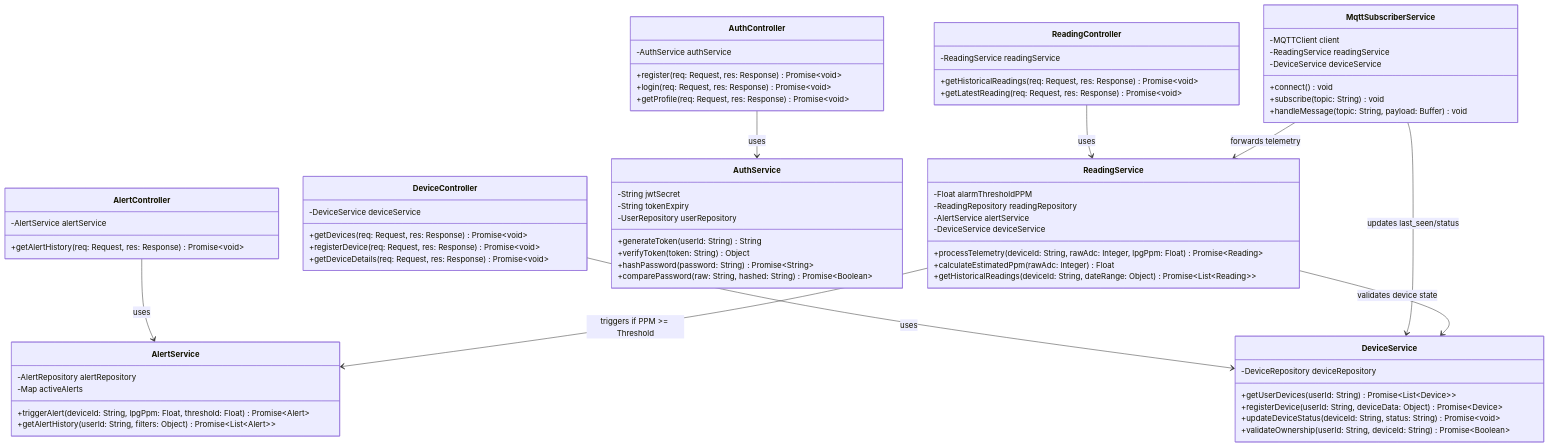
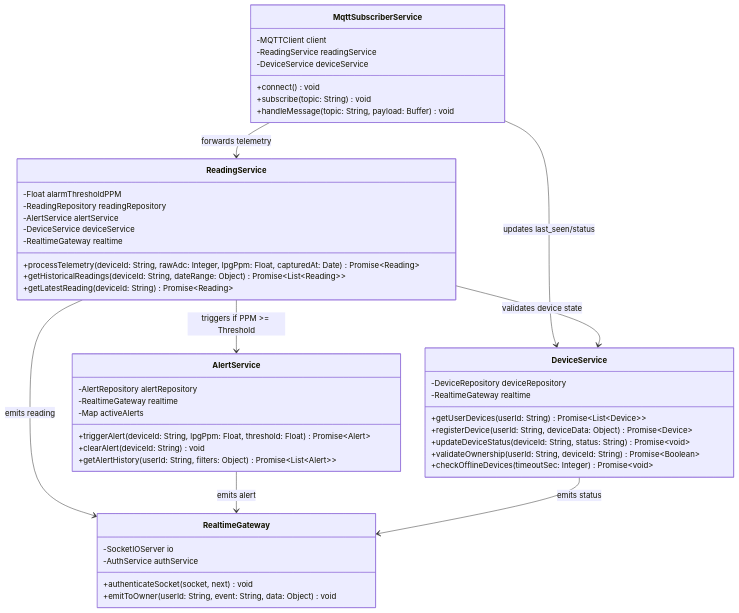
The third of 4 diagrams in docs/stage-3-Mermaid-UML-Class-Diagram.md (abdularhman2341/air-quality-monitoring-system), drawn with Mermaid before and after one commit. The commit also changed other lines of this file and 14 other files, not shown here.

Commit message:
Align Stage 3 docs and diagrams with LPG design

````diff
--- a/docs/stage-3-Mermaid-UML-Class-Diagram.md
+++ b/docs/stage-3-Mermaid-UML-Class-Diagram.md
@@ -3,68 +131,6 @@
 ```mermaid
 classDiagram
     direction TB
-
-    %% Controllers Layer
-    class AuthController {
-        -AuthService authService
-        +register(req: Request, res: Response) Promise~void~
-        +login(req: Request, res: Response) Promise~void~
-        +getProfile(req: Request, res: Response) Promise~void~
-    }
-
-    class DeviceController {
-        -DeviceService deviceService
-        +getDevices(req: Request, res: Response) Promise~void~
-        +registerDevice(req: Request, res: Response) Promise~void~
-        +getDeviceDetails(req: Request, res: Response) Promise~void~
-    }
-
-    class ReadingController {
-        -ReadingService readingService
-        +getHistoricalReadings(req: Request, res: Response) Promise~void~
-        +getLatestReading(req: Request, res: Response) Promise~void~
-    }
-
-    class AlertController {
-        -AlertService alertService
-        +getAlertHistory(req: Request, res: Response) Promise~void~
-    }
-
-    %% Services Layer
-    class AuthService {
-        -String jwtSecret
-        -String tokenExpiry
-        -UserRepository userRepository
-        +generateToken(userId: String) String
-        +verifyToken(token: String) Object
-        +hashPassword(password: String) Promise~String~
-        +comparePassword(raw: String, hashed: String) Promise~Boolean~
-    }
-
-    class DeviceService {
-        -DeviceRepository deviceRepository
-        +getUserDevices(userId: String) Promise~List~Device~~
-        +registerDevice(userId: String, deviceData: Object) Promise~Device~
-        +updateDeviceStatus(deviceId: String, status: String) Promise~void~
-        +validateOwnership(userId: String, deviceId: String) Promise~Boolean~
-    }
-
-    class ReadingService {
-        -Float alarmThresholdPPM
-        -ReadingRepository readingRepository
-        -AlertService alertService
-        -DeviceService deviceService
-        +processTelemetry(deviceId: String, rawAdc: Integer, lpgPpm: Float) Promise~Reading~
-        +calculateEstimatedPpm(rawAdc: Integer) Float
-        +getHistoricalReadings(deviceId: String, dateRange: Object) Promise~List~Reading~~
-    }
-
-    class AlertService {
-        -AlertRepository alertRepository
-        -Map activeAlerts
-        +triggerAlert(deviceId: String, lpgPpm: Float, threshold: Float) Promise~Alert~
-        +getAlertHistory(userId: String, filters: Object) Promise~List~Alert~~
-    }
 
     class MqttSubscriberService {
         -MQTTClient client
@@ -75,15 +141,48 @@
         +handleMessage(topic: String, payload: Buffer) void
     }
 
-    %% Relationships
-    AuthController --> AuthService : uses
-    DeviceController --> DeviceService : uses
-    ReadingController --> ReadingService : uses
-    AlertController --> AlertService : uses
+    class DeviceService {
+        -DeviceRepository deviceRepository
+        -RealtimeGateway realtime
+        +getUserDevices(userId: String) Promise~List~Device~~
+        +registerDevice(userId: String, deviceData: Object) Promise~Device~
+        +updateDeviceStatus(deviceId: String, status: String) Promise~void~
+        +validateOwnership(userId: String, deviceId: String) Promise~Boolean~
+        +checkOfflineDevices(timeoutSec: Integer) Promise~void~
+    }
+
+    class ReadingService {
+        -Float alarmThresholdPPM
+        -ReadingRepository readingRepository
+        -AlertService alertService
+        -DeviceService deviceService
+        -RealtimeGateway realtime
+        +processTelemetry(deviceId: String, rawAdc: Integer, lpgPpm: Float, capturedAt: Date) Promise~Reading~
+        +getHistoricalReadings(deviceId: String, dateRange: Object) Promise~List~Reading~~
+        +getLatestReading(deviceId: String) Promise~Reading~
+    }
+
+    class AlertService {
+        -AlertRepository alertRepository
+        -RealtimeGateway realtime
+        -Map activeAlerts
+        +triggerAlert(deviceId: String, lpgPpm: Float, threshold: Float) Promise~Alert~
+        +clearAlert(deviceId: String) void
+        +getAlertHistory(userId: String, filters: Object) Promise~List~Alert~~
+    }
+
+    class RealtimeGateway {
+        -SocketIOServer io
+        -AuthService authService
+        +authenticateSocket(socket, next) void
+        +emitToOwner(userId: String, event: String, data: Object) void
+    }
 
     MqttSubscriberService --> ReadingService : forwards telemetry
     MqttSubscriberService --> DeviceService : updates last_seen/status
-    
     ReadingService --> AlertService : triggers if PPM >= Threshold
     ReadingService --> DeviceService : validates device state
+    ReadingService --> RealtimeGateway : emits reading
+    AlertService --> RealtimeGateway : emits alert
+    DeviceService --> RealtimeGateway : emits status
 ```
````
